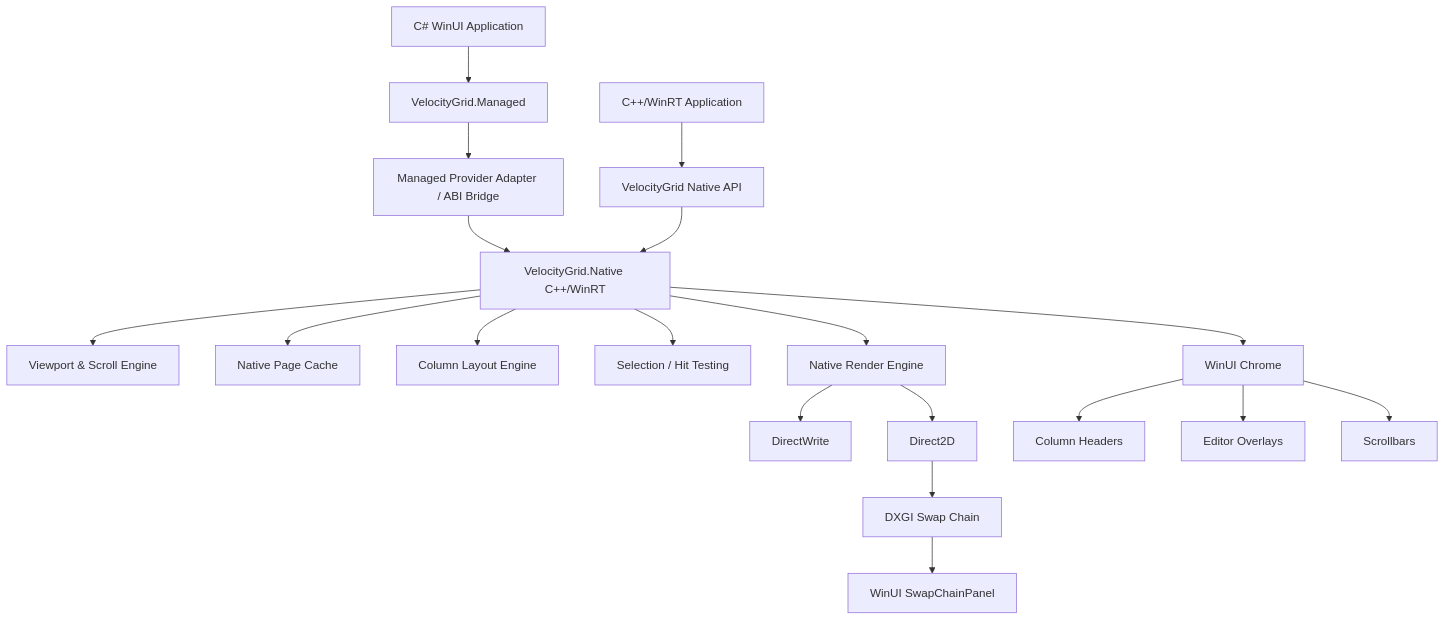
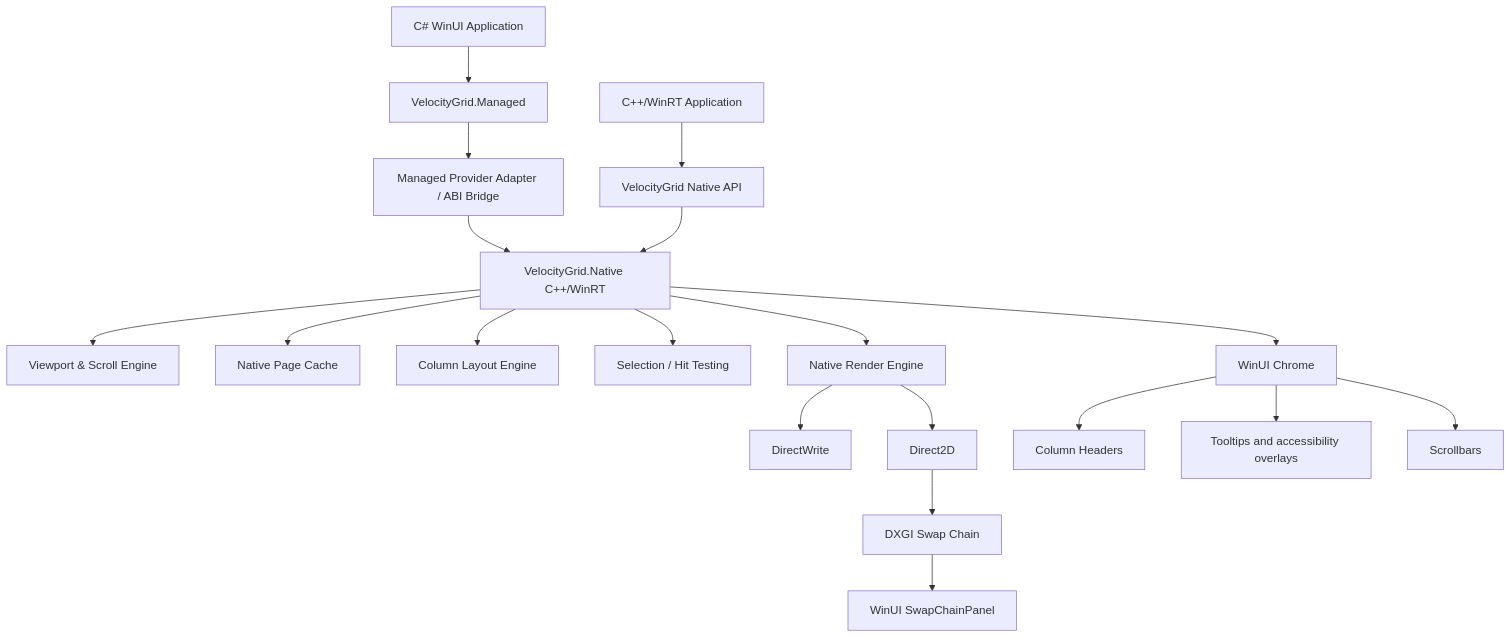
Before and after one commit to NumberSix-io/VelocityGrid: the diagram in docs/VelocityGrid_Design_and_Development_Plan.md, drawn with Mermaid. The commit also changed other lines of this file and 23 other files, not shown here.

````diff
--- a/docs/VelocityGrid_Design_and_Development_Plan.md
+++ b/docs/VelocityGrid_Design_and_Development_Plan.md
@@ -282,25 +283,25 @@
 ```mermaid
 flowchart TD
     App[C# WinUI Application] --> Managed[VelocityGrid.Managed]
     NativeApp[C++/WinRT Application] --> NativeAPI[VelocityGrid Native API]
 
     Managed --> Bridge[Managed Provider Adapter / ABI Bridge]
     Bridge --> Core[VelocityGrid.Native C++/WinRT]
     NativeAPI --> Core
 
     Core --> Viewport[Viewport & Scroll Engine]
     Core --> Cache[Native Page Cache]
     Core --> Columns[Column Layout Engine]
     Core --> Selection[Selection / Hit Testing]
     Core --> Render[Native Render Engine]
 
     Render --> DWrite[DirectWrite]
     Render --> D2D[Direct2D]
     D2D --> DXGI[DXGI Swap Chain]
     DXGI --> SCP[WinUI SwapChainPanel]
 
     Core --> XAML[WinUI Chrome]
     XAML --> Headers[Column Headers]
-    XAML --> Editors[Editor Overlays]
+    XAML --> Overlays[Tooltips and accessibility overlays]
     XAML --> Scrollbars[Scrollbars]
 ```
````
